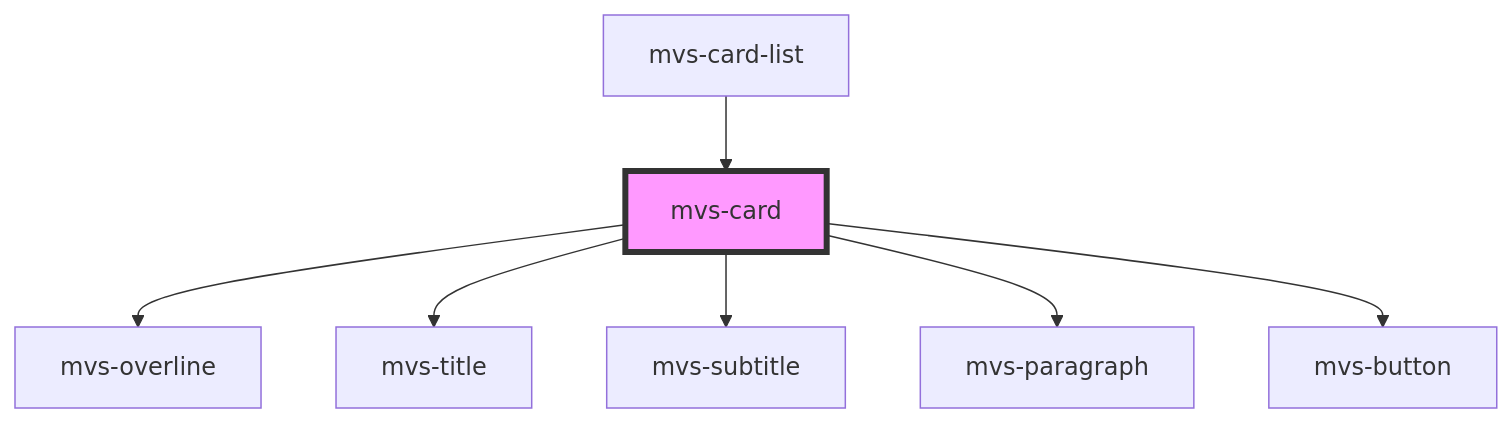
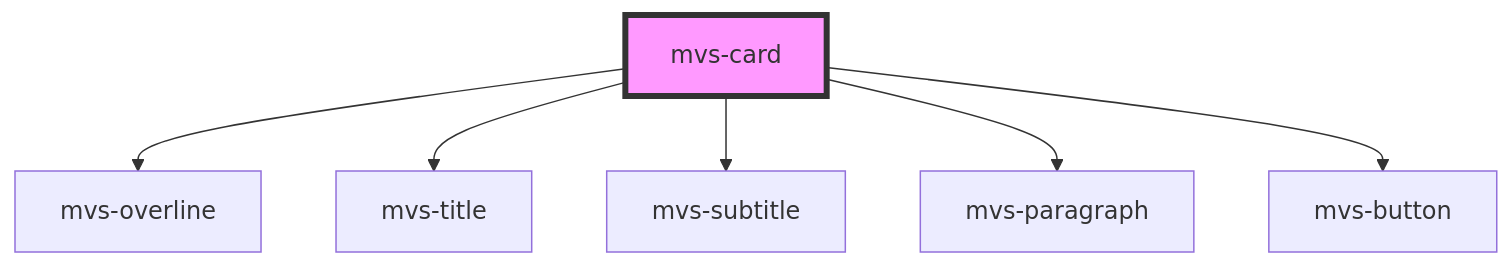
Before and after one commit to rafaela-vairo/mvs-design-system: the diagram in src/components/layout/mvs-card/readme.md, drawn with Mermaid. The commit also changed other lines of this file and 20 other files, not shown here.

````diff
--- a/src/components/layout/mvs-card/readme.md
+++ b/src/components/layout/mvs-card/readme.md
@@ -38,10 +34,9 @@
 ```mermaid
 graph TD;
   mvs-card --> mvs-overline
   mvs-card --> mvs-title
   mvs-card --> mvs-subtitle
   mvs-card --> mvs-paragraph
   mvs-card --> mvs-button
-  mvs-card-list --> mvs-card
   style mvs-card fill:#f9f,stroke:#333,stroke-width:4px
 ```
````
